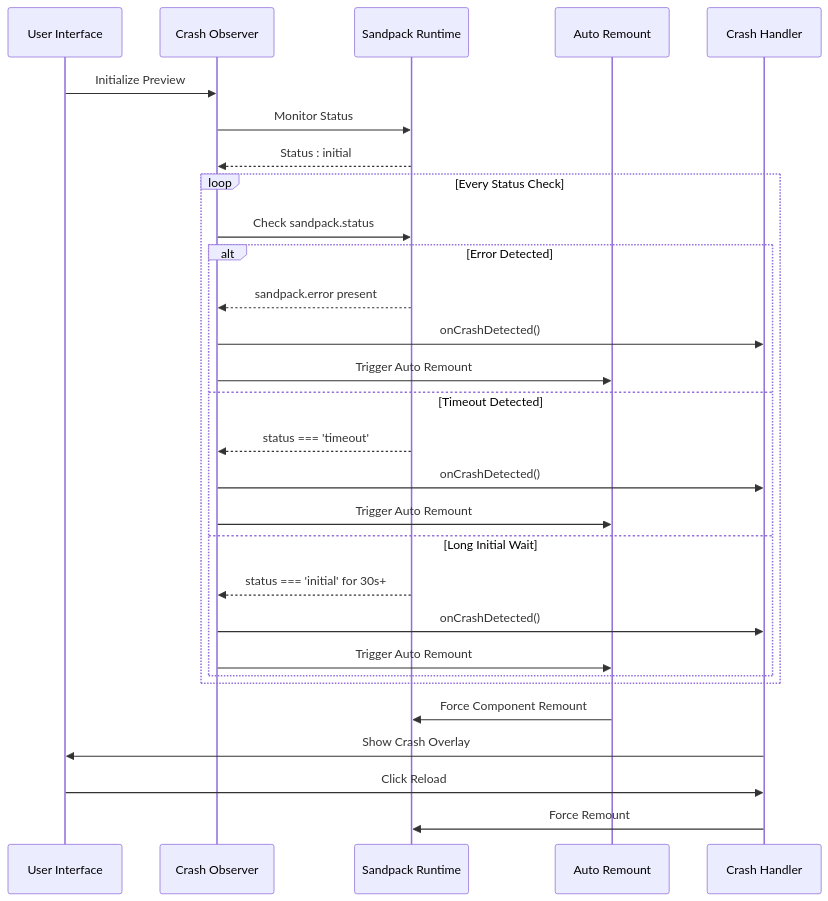
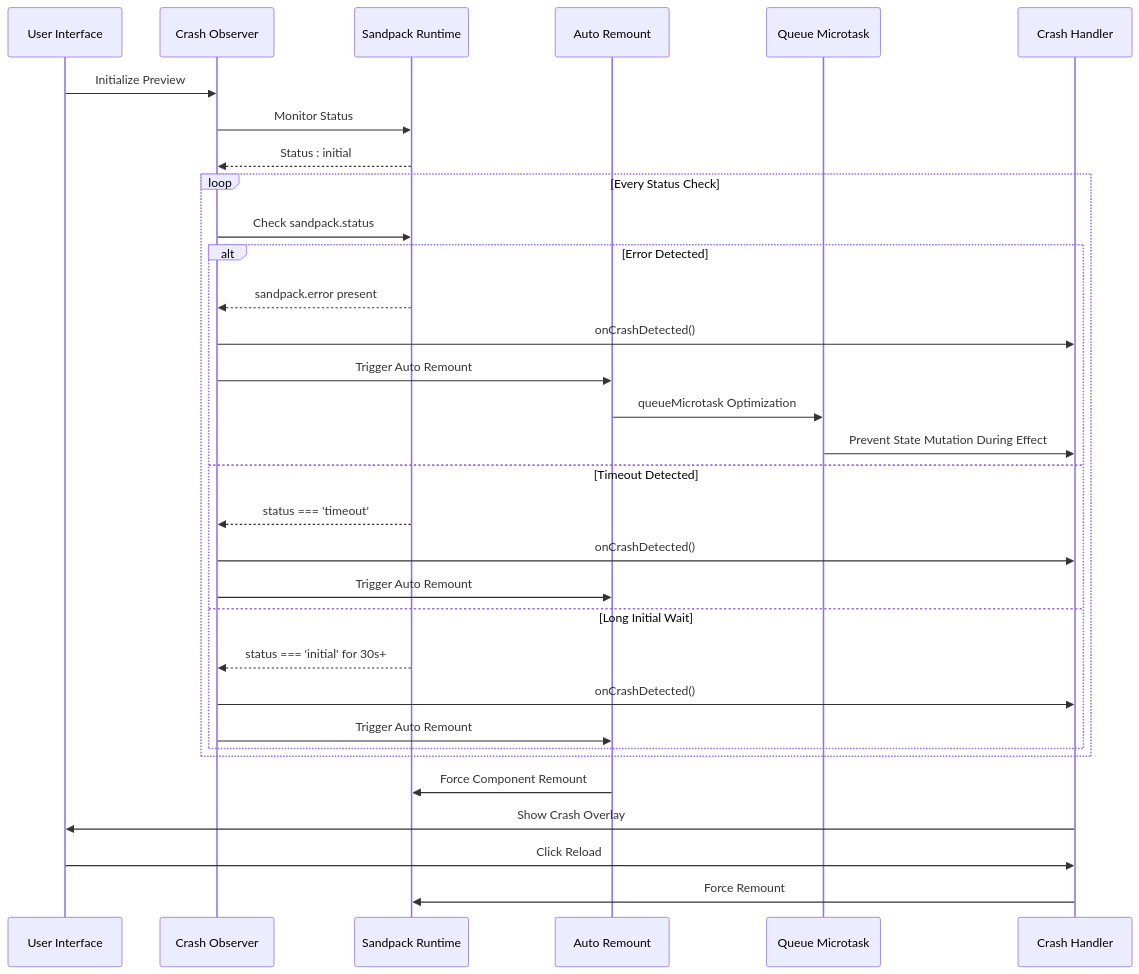
One commit to shekhargiri005-dotcom/AI-powered-accessibility-first-UI-engine changed the second of 11 diagrams in .qoder/repowiki/en/content/Sandbox Runtime Crash Handling.md. Above: the diagram before and after it, drawn with Mermaid. The commit also changed other lines of this file and 5 other files, not shown here.

````diff
--- a/.qoder/repowiki/en/content/Sandbox Runtime Crash Handling.md
+++ b/.qoder/repowiki/en/content/Sandbox Runtime Crash Handling.md
@@ -90,31 +97,34 @@
 ```mermaid
 sequenceDiagram
 participant User as User Interface
 participant Observer as Crash Observer
 participant Runtime as Sandpack Runtime
 participant AutoRemount as Auto Remount
+participant QueueMicrotask as Queue Microtask
 participant Handler as Crash Handler
 User->>Observer : Initialize Preview
 Observer->>Runtime : Monitor Status
 Runtime-->>Observer : Status : initial
 loop Every Status Check
 Observer->>Runtime : Check sandpack.status
 alt Error Detected
 Runtime-->>Observer : sandpack.error present
 Observer->>Handler : onCrashDetected()
 Observer->>AutoRemount : Trigger Auto Remount
+AutoRemount->>QueueMicrotask : queueMicrotask Optimization
+QueueMicrotask->>Handler : Prevent State Mutation During Effect
 else Timeout Detected
 Runtime-->>Observer : status === 'timeout'
 Observer->>Handler : onCrashDetected()
 Observer->>AutoRemount : Trigger Auto Remount
 else Long Initial Wait
 Runtime-->>Observer : status === 'initial' for 30s+
 Observer->>Handler : onCrashDetected()
 Observer->>AutoRemount : Trigger Auto Remount
 end
 end
 AutoRemount->>Runtime : Force Component Remount
 Handler->>User : Show Crash Overlay
 User->>Handler : Click Reload
 Handler->>Runtime : Force Remount
 ```
````
